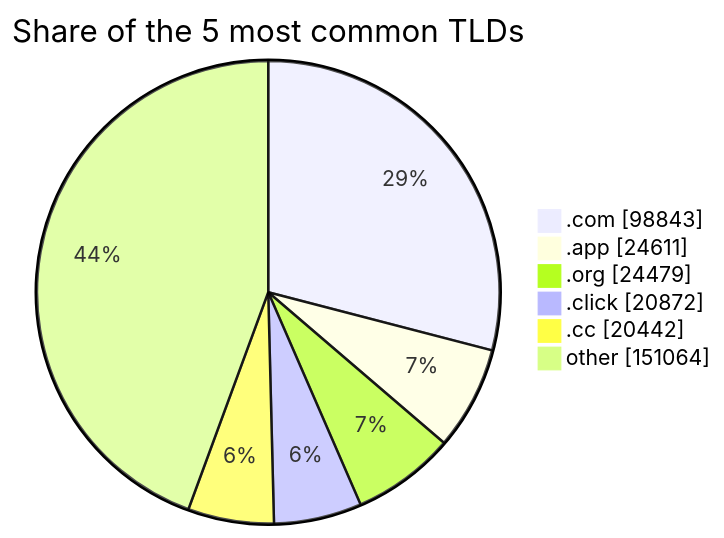
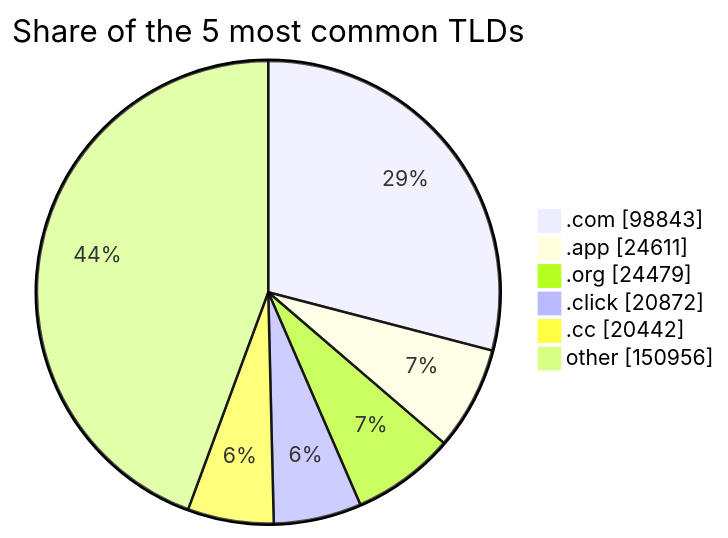
Before and after one commit to DNSBunker/CTI: the third of 3 diagrams in README.md, drawn with Mermaid. The commit also changed other lines of this file and 4 other files, not shown here.

````diff
--- a/README.md
+++ b/README.md
@@ -81,9 +81,9 @@
 ```mermaid
 pie showData title Share of the 5 most common TLDs
     ".com" : 98843
     ".app" : 24611
     ".org" : 24479
     ".click" : 20872
     ".cc" : 20442
-    "other" : 151064
+    "other" : 150956
 ```
````
